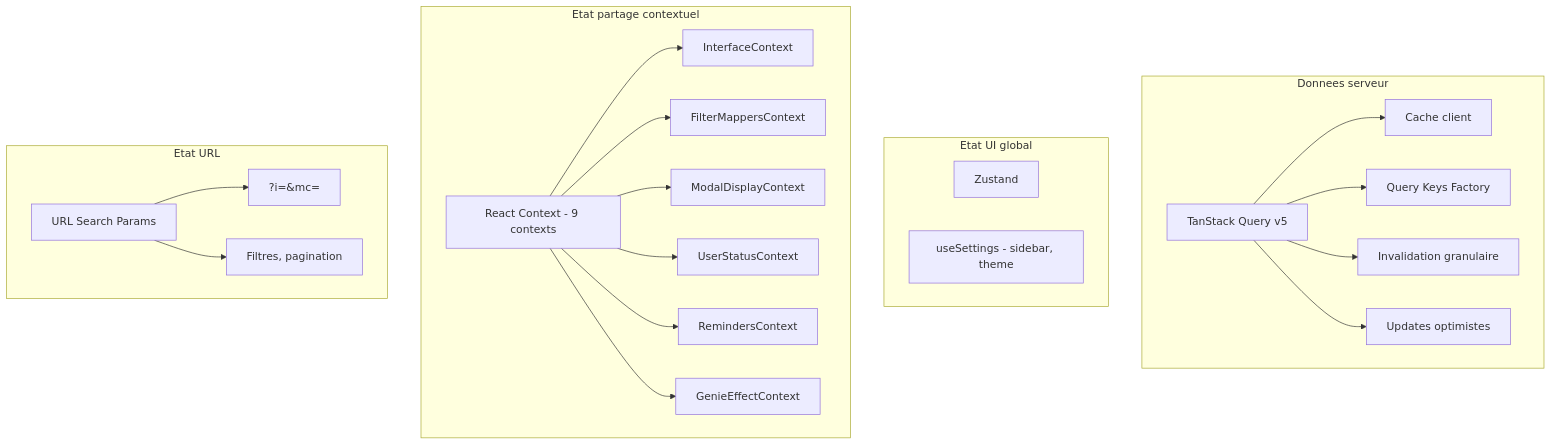
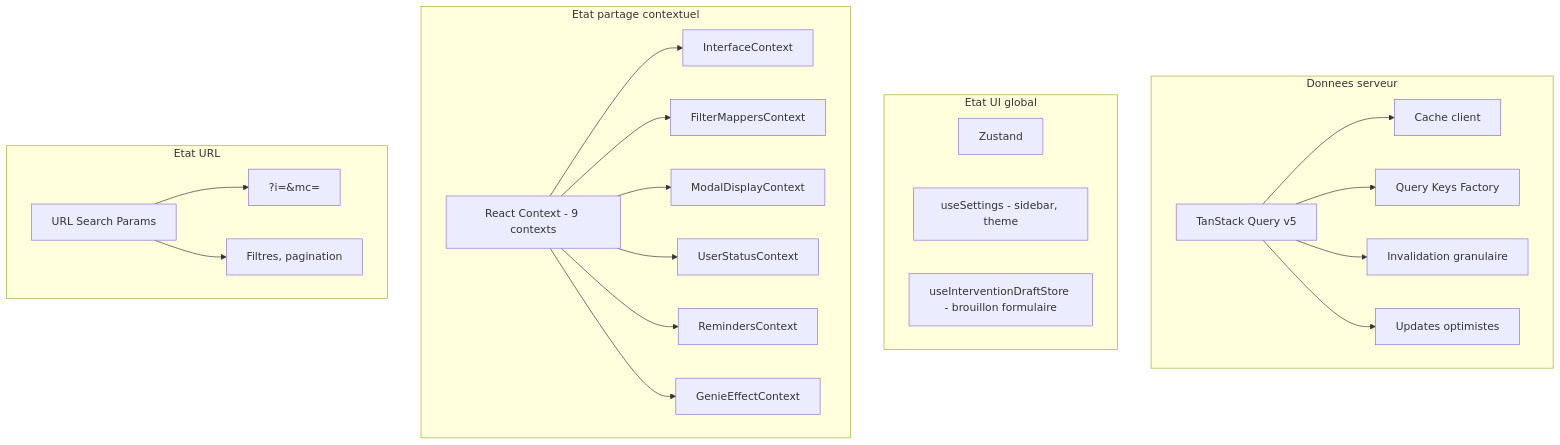
The first of 4 diagrams in docs/architecture/state-management.md (gmbsfactory/gmbs-crm), drawn with Mermaid before and after one commit. The commit also changed other lines of this file and 62 other files, not shown here.

````diff
--- a/docs/architecture/state-management.md
+++ b/docs/architecture/state-management.md
@@ -11,43 +11,44 @@
 ```mermaid
 graph TD
     subgraph "Donnees serveur"
         A[TanStack Query v5]
         A1[Cache client]
         A2[Query Keys Factory]
         A3[Invalidation granulaire]
         A4[Updates optimistes]
         A --> A1
         A --> A2
         A --> A3
         A --> A4
     end
 
     subgraph "Etat UI global"
         B[Zustand]
         B1[useSettings - sidebar, theme]
+        B2[useInterventionDraftStore - brouillon formulaire]
     end
 
     subgraph "Etat partage contextuel"
         C[React Context - 9 contexts]
         C1[InterfaceContext]
         C2[FilterMappersContext]
         C3[ModalDisplayContext]
         C4[UserStatusContext]
         C5[RemindersContext]
         C6[GenieEffectContext]
         C --> C1
         C --> C2
         C --> C3
         C --> C4
         C --> C5
         C --> C6
     end
 
     subgraph "Etat URL"
         D[URL Search Params]
         D1["?i=<id>&mc=<content>"]
         D2["Filtres, pagination"]
         D --> D1
         D --> D2
     end
 ```
````
